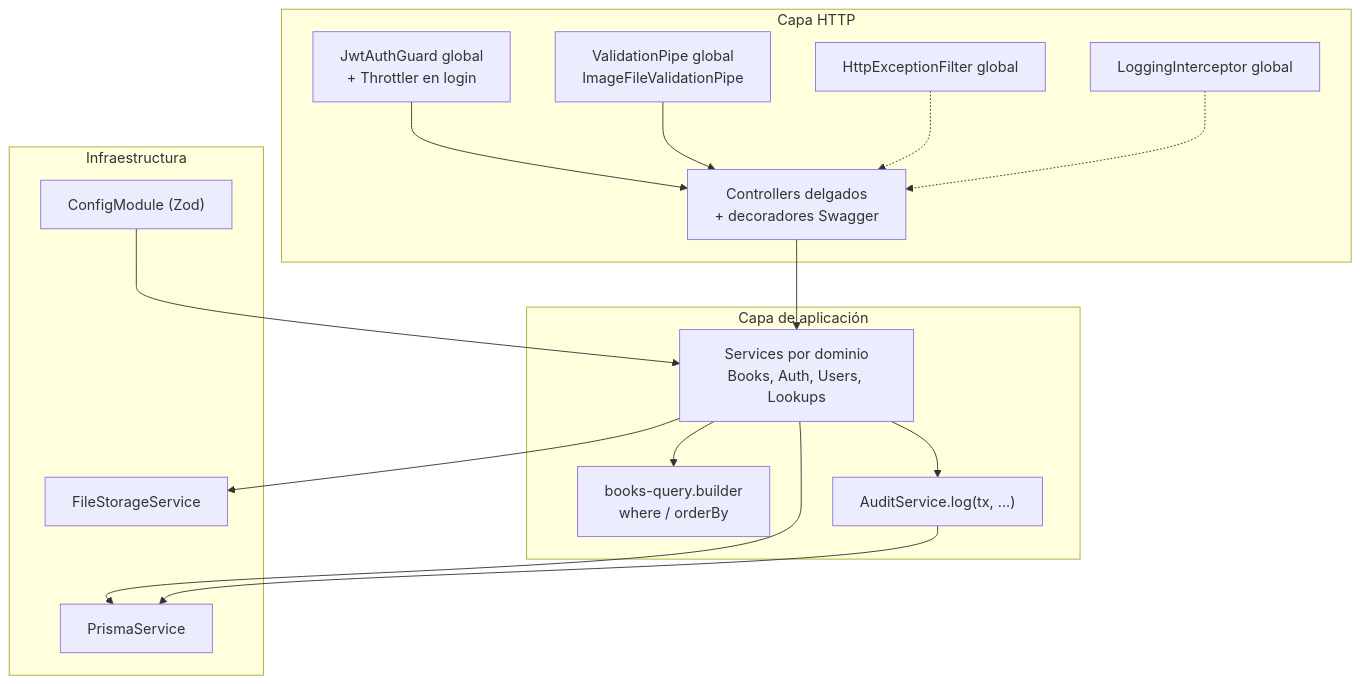
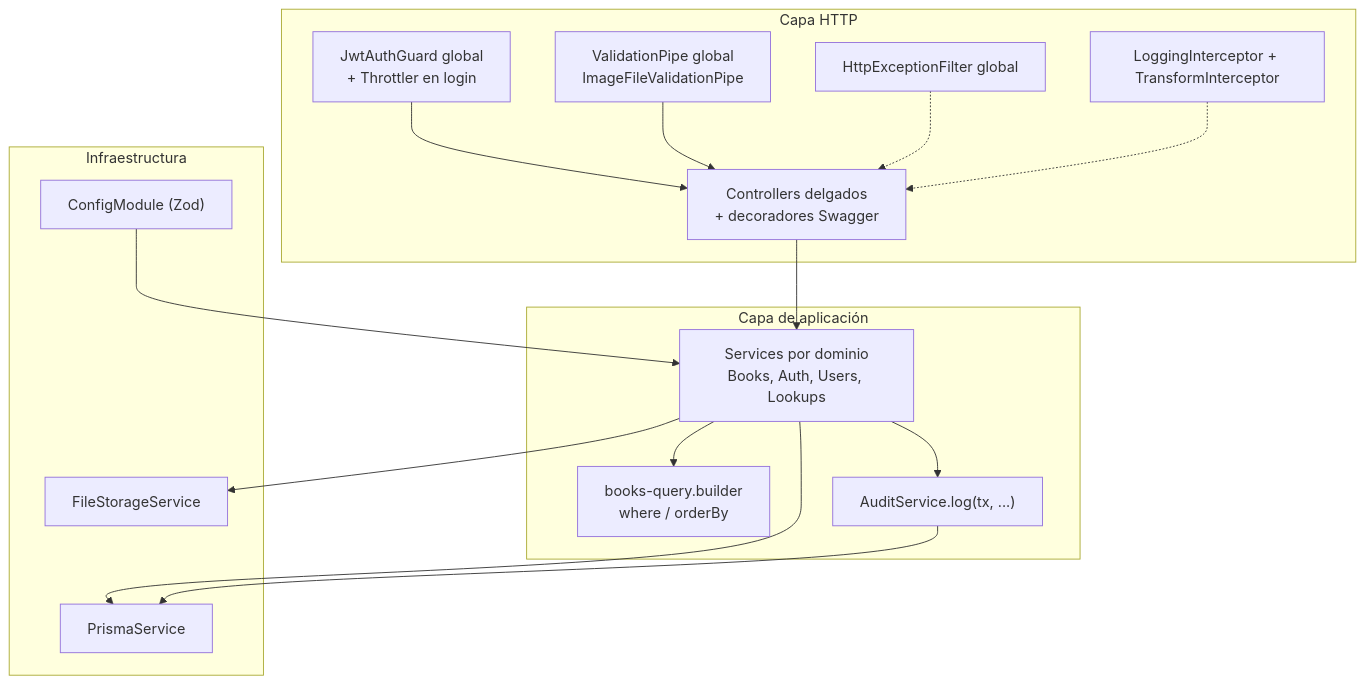
The second of 4 diagrams in docs/arquitectura.md (Donzon/libros-cmpc), drawn with Mermaid before and after one commit. The commit also changed other lines of this file and 21 other files, not shown here.

First line of the commit message:
feat(T22): Implement TransformInterceptor for standardized JSON responses

````diff
--- a/docs/arquitectura.md
+++ b/docs/arquitectura.md
@@ -34,32 +34,32 @@
 ```mermaid
 flowchart TB
   subgraph http [Capa HTTP]
     Guards["JwtAuthGuard global<br/>+ Throttler en login"]
     Pipes["ValidationPipe global<br/>ImageFileValidationPipe"]
     Controllers["Controllers delgados<br/>+ decoradores Swagger"]
     Filter["HttpExceptionFilter global"]
-    Logs["LoggingInterceptor global"]
+    Logs["LoggingInterceptor + TransformInterceptor"]
   end
   subgraph app [Capa de aplicación]
     Services["Services por dominio<br/>Books, Auth, Users, Lookups"]
     Builder["books-query.builder<br/>where / orderBy"]
     Audit["AuditService.log(tx, ...)"]
   end
   subgraph infra [Infraestructura]
     Prisma["PrismaService"]
     Config["ConfigModule (Zod)"]
     Storage["FileStorageService"]
   end
 
   Guards --> Controllers
   Pipes --> Controllers
   Controllers --> Services
   Filter -.-> Controllers
   Logs -.-> Controllers
   Services --> Builder
   Services --> Audit
   Services --> Prisma
   Services --> Storage
   Audit --> Prisma
   Config --> Services
 ```
````
